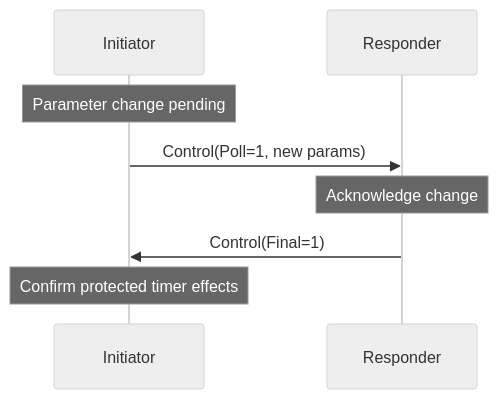
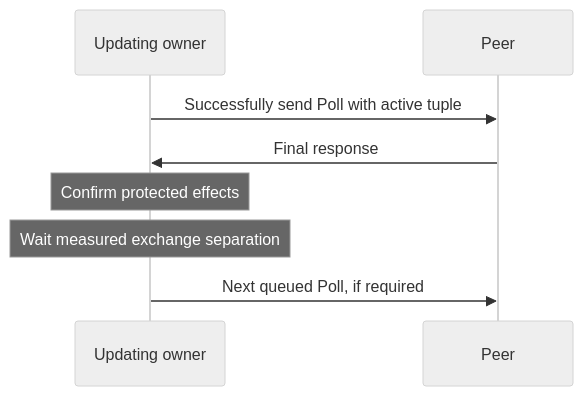
The second of 2 diagrams in docs/en/02-protocol.md (dantte-lp/gobfd), drawn with Mermaid (neutral theme) before and after one commit. The commit also changed other lines of this file and 104 other files, not shown here.

````diff
--- a/docs/en/02-protocol.md
+++ b/docs/en/02-protocol.md
@@ -199,11 +100,10 @@
 ```mermaid
 sequenceDiagram
-    participant A as Initiator
-    participant B as Responder
-
-    Note over A: Parameter change pending
-    A->>B: Control(Poll=1, new params)
-    Note over B: Acknowledge change
-    B->>A: Control(Final=1)
-    Note over A: Confirm protected timer effects
+    participant A as Updating owner
+    participant B as Peer
+    A->>B: Successfully send Poll with active tuple
+    B->>A: Final response
+    Note over A: Confirm protected effects
+    Note over A: Wait measured exchange separation
+    A->>B: Next queued Poll, if required
 ```
````
